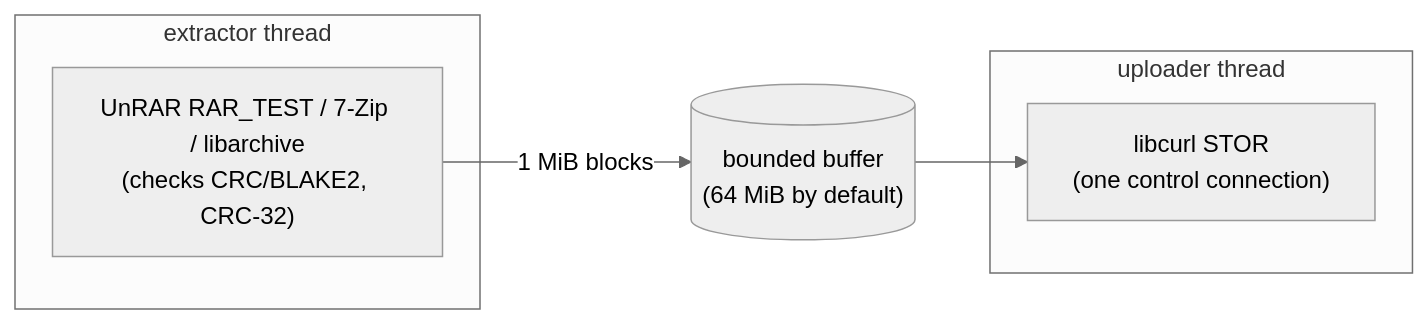
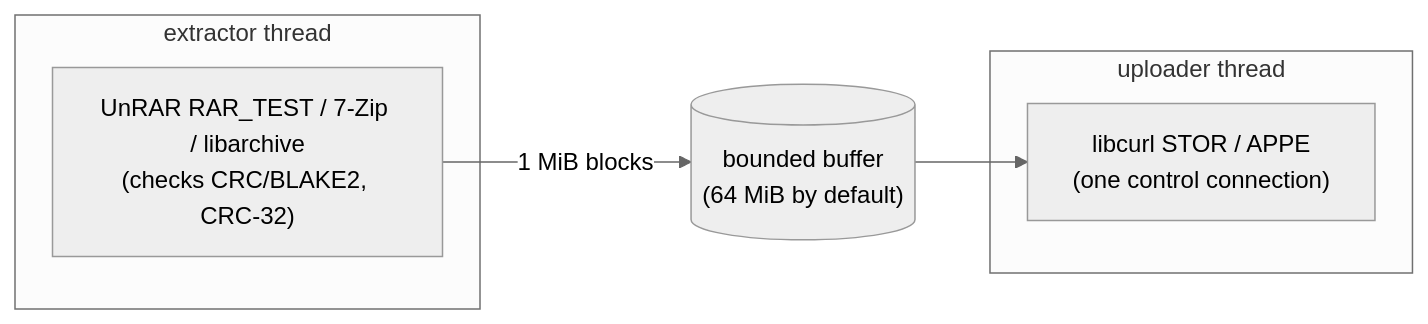
One commit to RuiNelson/StreamExtract changed the diagram in README.md. Above: the diagram before and after it, drawn with Mermaid (neutral theme). The commit also changed other lines of this file and 16 other files, not shown here.

````diff
--- a/README.md
+++ b/README.md
@@ -197,11 +197,11 @@
 ```mermaid
 flowchart LR
     subgraph extractor["extractor thread"]
         dec["UnRAR RAR_TEST / 7-Zip / libarchive<br/>(checks CRC/BLAKE2, CRC-32)"]
     end
     buf[("bounded buffer<br/>(64 MiB by default)")]
     subgraph uploader["uploader thread"]
-        stor["libcurl STOR<br/>(one control connection)"]
+        stor["libcurl STOR / APPE<br/>(one control connection)"]
     end
     dec -->|"1 MiB blocks"| buf --> stor
 ```
````
